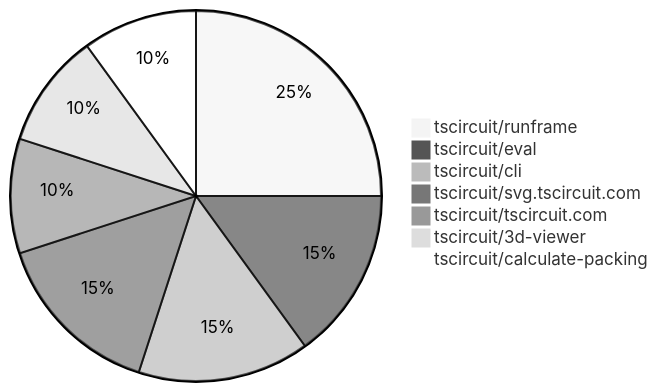
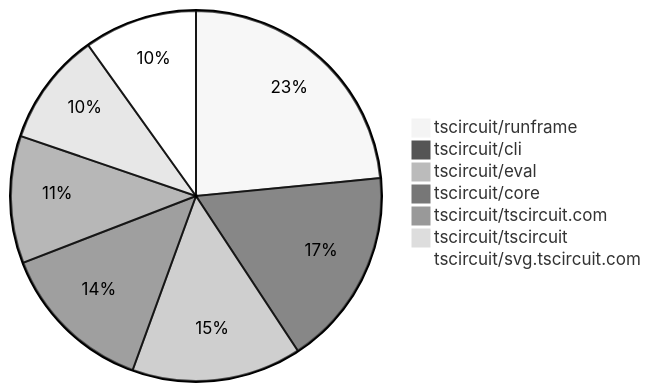
The second of 2 diagrams in contribution-overviews/2025-10-22.md (tscircuit/contribution-tracker), drawn with Mermaid (neutral theme) before and after one commit. The commit also changed other lines of this file and 3 other files, not shown here.

````diff
--- a/contribution-overviews/2025-10-22.md
+++ b/contribution-overviews/2025-10-22.md
@@ -76,10 +88,10 @@
 ```mermaid
 pie
-    "tscircuit/runframe" : 10
-    "tscircuit/eval" : 6
-    "tscircuit/cli" : 6
-    "tscircuit/svg.tscircuit.com" : 6
-    "tscircuit/tscircuit.com" : 4
-    "tscircuit/3d-viewer" : 4
-    "tscircuit/calculate-packing" : 4
+    "tscircuit/runframe" : 19
+    "tscircuit/cli" : 14
+    "tscircuit/eval" : 12
+    "tscircuit/core" : 11
+    "tscircuit/tscircuit.com" : 9
+    "tscircuit/tscircuit" : 8
+    "tscircuit/svg.tscircuit.com" : 8
 ```
````
